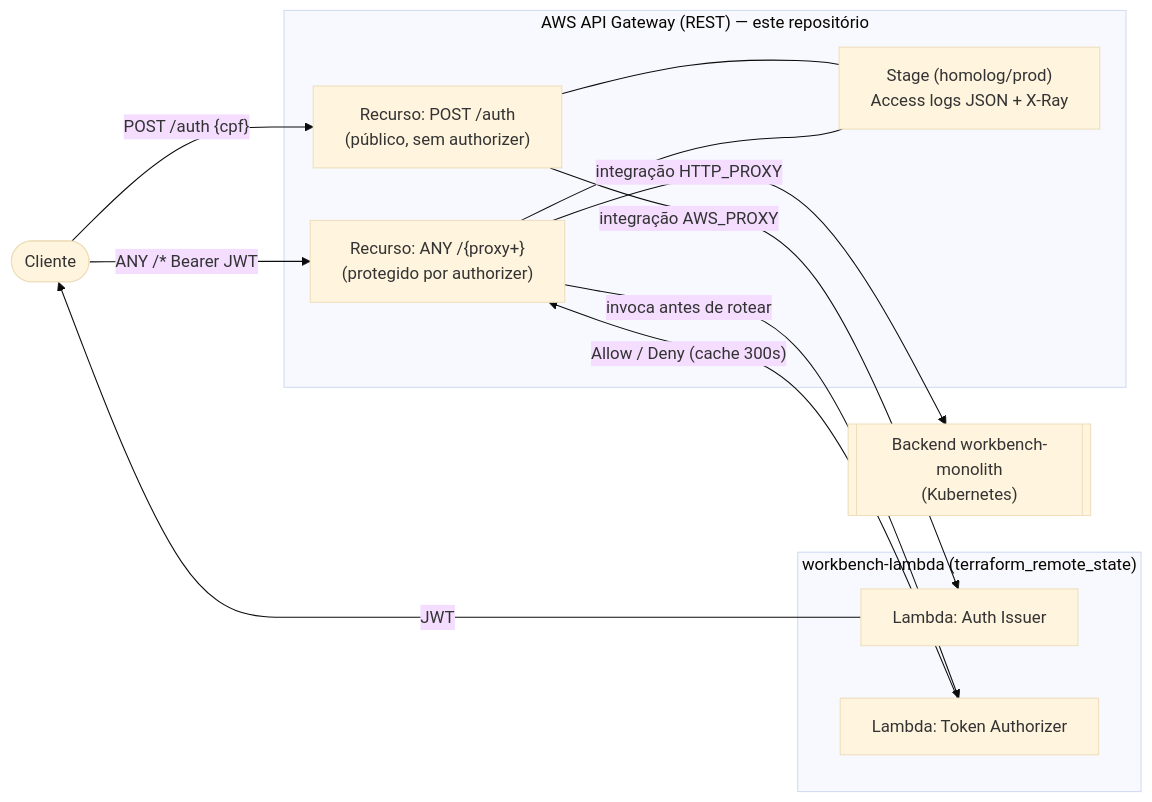
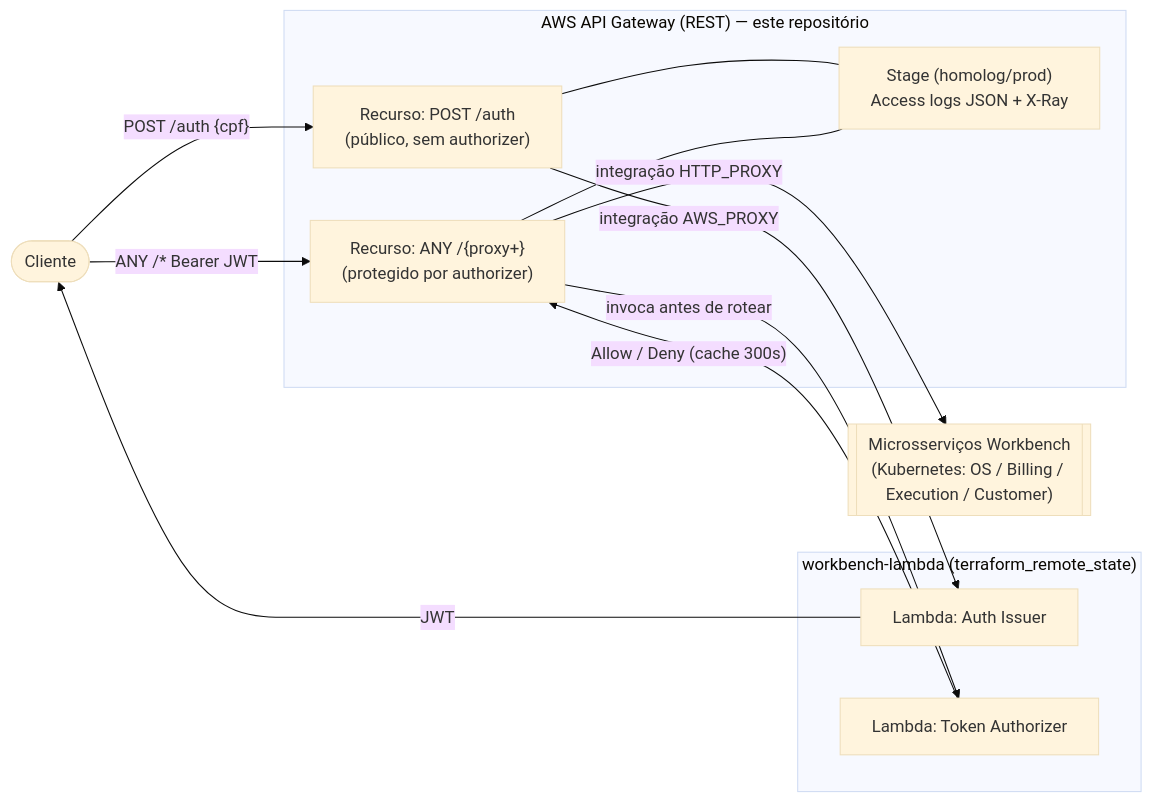
One commit to TechChalleng-FIAP-SOAT/workbench-gateway changed the diagram in README.md. Above: the diagram before and after it, drawn with Mermaid (base theme). The commit also changed other lines of this file, not shown here.

Commit message:
docs: README alinhado à arquitetura de microsserviços (Fase 4)

````diff
--- a/README.md
+++ b/README.md
@@ -18,29 +24,29 @@
 ```mermaid
 flowchart LR
     cliente([Cliente])
 
     subgraph GW["AWS API Gateway (REST) — este repositório"]
         auth_route["Recurso: POST /auth<br/>(público, sem authorizer)"]
         proxy_route["Recurso: ANY /{proxy+}<br/>(protegido por authorizer)"]
         stage["Stage (homolog/prod)<br/>Access logs JSON + X-Ray"]
     end
 
     subgraph LAMBDA["workbench-lambda (terraform_remote_state)"]
         issuer["Lambda: Auth Issuer"]
         authz["Lambda: Token Authorizer"]
     end
 
-    backend[["Backend workbench-monolith<br/>(Kubernetes)"]]
+    backend[["Microsserviços Workbench<br/>(Kubernetes: OS / Billing / Execution / Customer)"]]
 
     cliente -- "POST /auth {cpf}" --> auth_route
     auth_route -- "integração AWS_PROXY" --> issuer
     issuer -- "JWT" --> cliente
 
     cliente -- "ANY /* Bearer JWT" --> proxy_route
     proxy_route -- "invoca antes de rotear" --> authz
     authz -- "Allow / Deny (cache 300s)" --> proxy_route
     proxy_route -- "integração HTTP_PROXY" --> backend
 
     auth_route --- stage
     proxy_route --- stage
 ```
````
